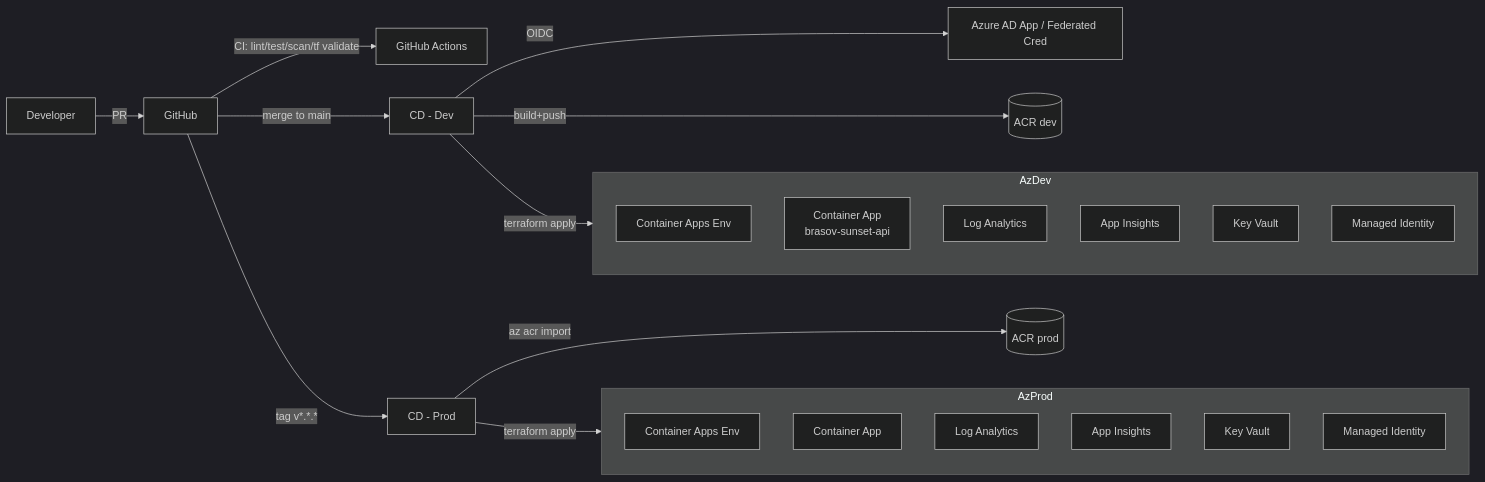
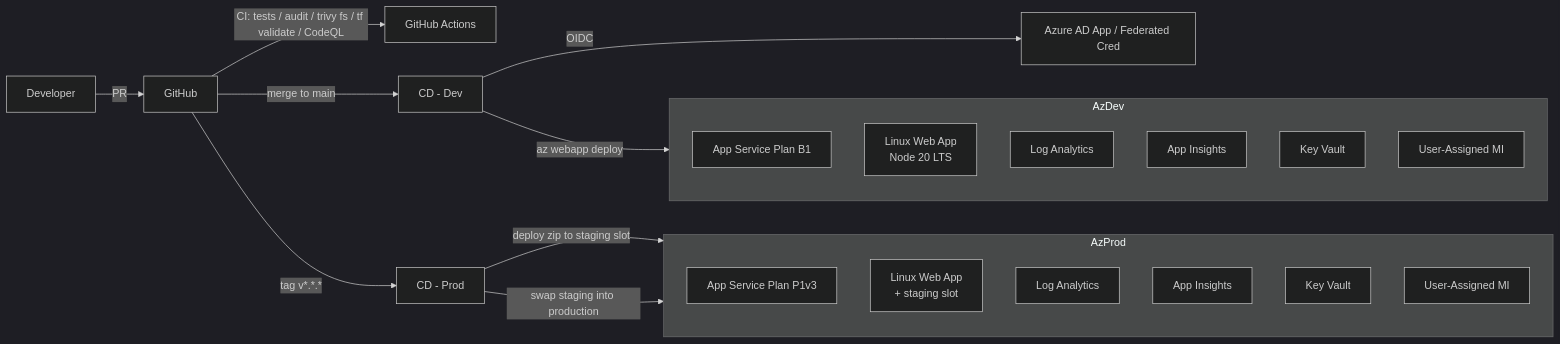
One commit to vunvulear/DevOpsPro-Europe-2026 changed the diagram in docs/PLATFORM.md. Above: the diagram before and after it, drawn with Mermaid (dark theme). The commit also changed other lines of this file and 30 other files, not shown here.

First line of the commit message:
refactor(platform): switch from Container Apps to Azure App Service

````diff
--- a/docs/PLATFORM.md
+++ b/docs/PLATFORM.md
@@ -15,28 +15,27 @@
 ```mermaid
 flowchart LR
     Dev[Developer] -->|PR| GH[GitHub]
-    GH -->|CI: lint/test/scan/tf validate| GHA[GitHub Actions]
+    GH -->|CI: tests / audit / trivy fs / tf validate / CodeQL| GHA[GitHub Actions]
     GH -->|merge to main| CDDev[CD - Dev]
     CDDev -->|OIDC| AAD[Azure AD App / Federated Cred]
-    CDDev -->|build+push| ACRDev[(ACR dev)]
-    CDDev -->|terraform apply| AzDev[Azure dev RG]
+    CDDev -->|az webapp deploy| AzDev[Azure dev RG]
     GH -->|tag v*.*.*| CDProd[CD - Prod]
-    CDProd -->|az acr import| ACRProd[(ACR prod)]
-    CDProd -->|terraform apply| AzProd[Azure prod RG]
+    CDProd -->|deploy zip to staging slot| AzProd[Azure prod RG]
+    CDProd -->|swap staging into production| AzProd
     subgraph AzDev
-      CAEd[Container Apps Env]
-      CAd[Container App<br/>brasov-sunset-api]
+      ASPd[App Service Plan B1]
+      APPd[Linux Web App<br/>Node 20 LTS]
       LAWd[Log Analytics]
       AId[App Insights]
       KVd[Key Vault]
-      MIDd[Managed Identity]
+      MIDd[User-Assigned MI]
     end
     subgraph AzProd
-      CAEp[Container Apps Env]
-      CAp[Container App]
+      ASPp[App Service Plan P1v3]
+      APPp[Linux Web App<br/>+ staging slot]
       LAWp[Log Analytics]
       AIp[App Insights]
       KVp[Key Vault]
-      MIDp[Managed Identity]
+      MIDp[User-Assigned MI]
     end
 ```
````
